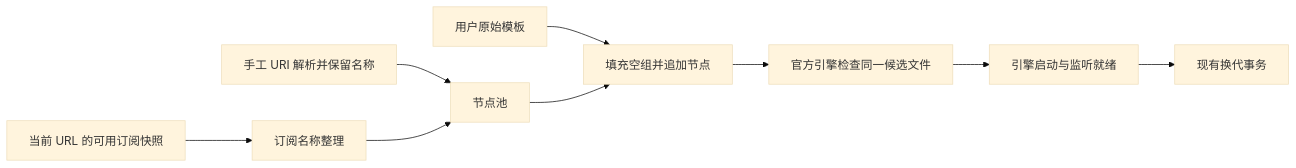
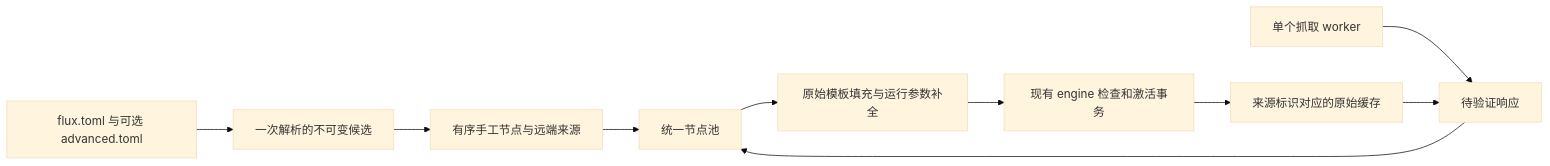
One commit to Chth1z/Flux-rs changed the diagram in docs/guide/architecture.md. Above: the diagram before and after it, drawn with Mermaid (base theme). The commit also changed other lines of this file and 31 other files, not shown here.

````diff
--- a/docs/guide/architecture.md
+++ b/docs/guide/architecture.md
@@ -63,11 +63,12 @@
 ```mermaid
 flowchart LR
-    M[手工 URI 解析并保留名称] --> P[节点池]
-    R[当前 URL 的可用订阅快照] --> F[订阅名称整理]
-    F --> P
-    T[用户原始模板] --> G[填充空组并追加节点]
-    P --> G
-    G --> C[官方引擎检查同一候选文件]
-    C --> E[引擎启动与监听就绪]
-    E --> A[现有换代事务]
+    C[flux.toml 与可选 advanced.toml] --> P[一次解析的不可变候选]
+    P --> M[有序手工节点与远端来源]
+    F[单个抓取 worker] --> R[待验证响应]
+    K[来源标识对应的原始缓存] --> R
+    M --> N[统一节点池]
+    R --> N
+    N --> T[原始模板填充与运行参数补全]
+    T --> E[现有 engine 检查和激活事务]
+    E --> K
 ```
````
